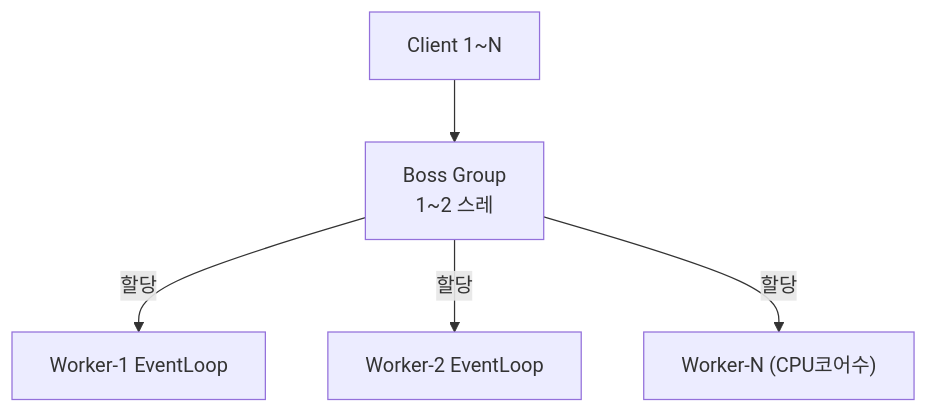
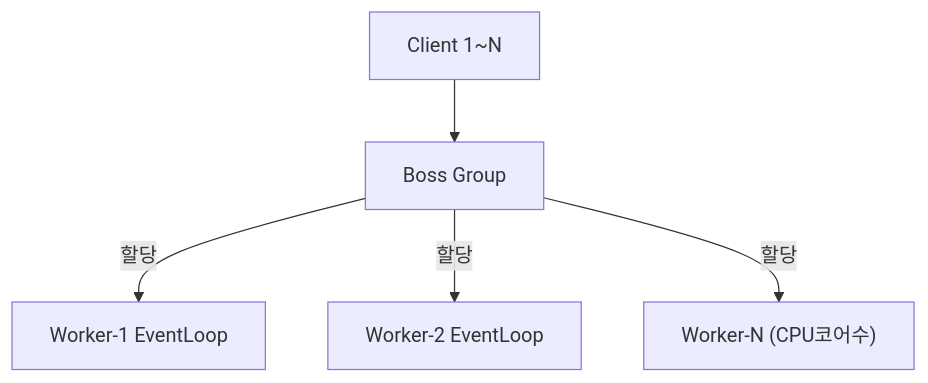
Before and after one commit to yjkim2015/yjkim2015.github.io: the fifth of 9 diagrams in _posts/spring/2026-05-01-spring-webflux.md, drawn with Mermaid. The commit also changed other lines of this file and 217 other files, not shown here.

First line of the commit message:
Mermaid 크기 수정: useMaxWidth:true + SVG max-width:100% + 라벨 축소

````diff
--- a/_posts/spring/2026-05-01-spring-webflux.md
+++ b/_posts/spring/2026-05-01-spring-webflux.md
@@ -386,7 +386,7 @@
 ```mermaid
 graph TD
-    CL["Client 1~N"] --> BG["Boss Group\n1~2 스레"]
+    CL["Client 1~N"] --> BG["Boss Group"]
     BG -->|할당| W1["Worker-1 EventLoop"]
     BG -->|할당| W2["Worker-2 EventLoop"]
     BG -->|할당| WN["Worker-N (CPU코어수)"]
 ```
````
